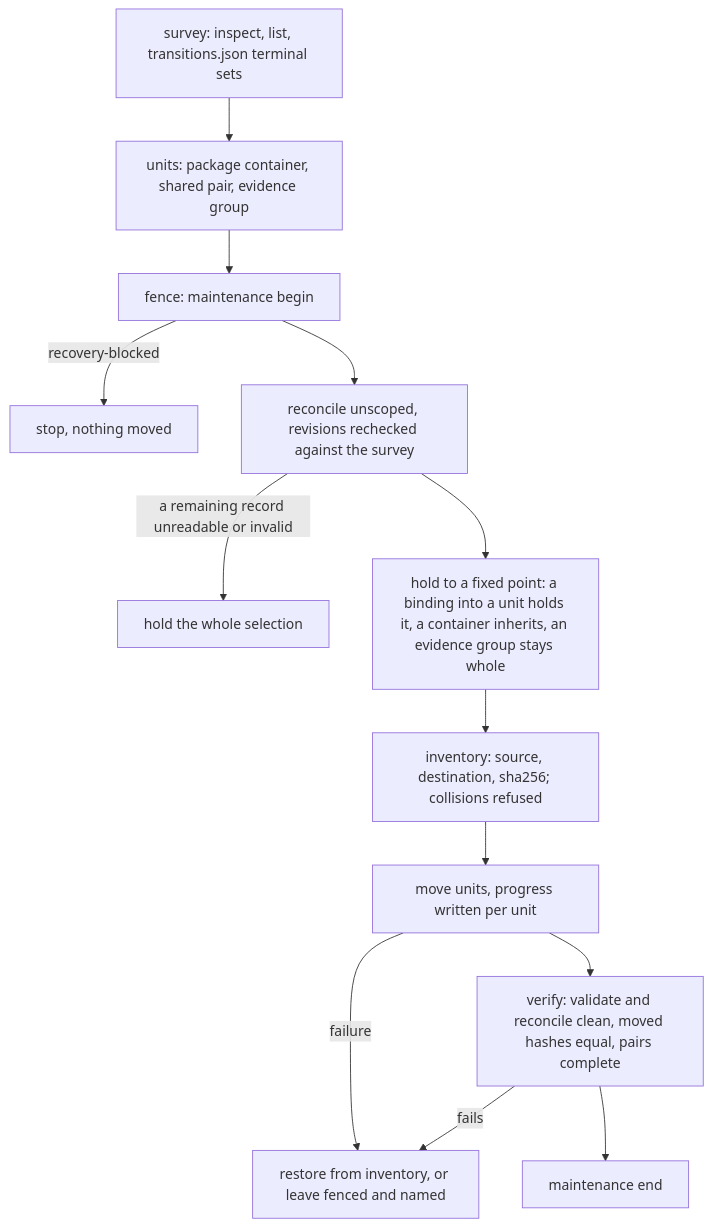
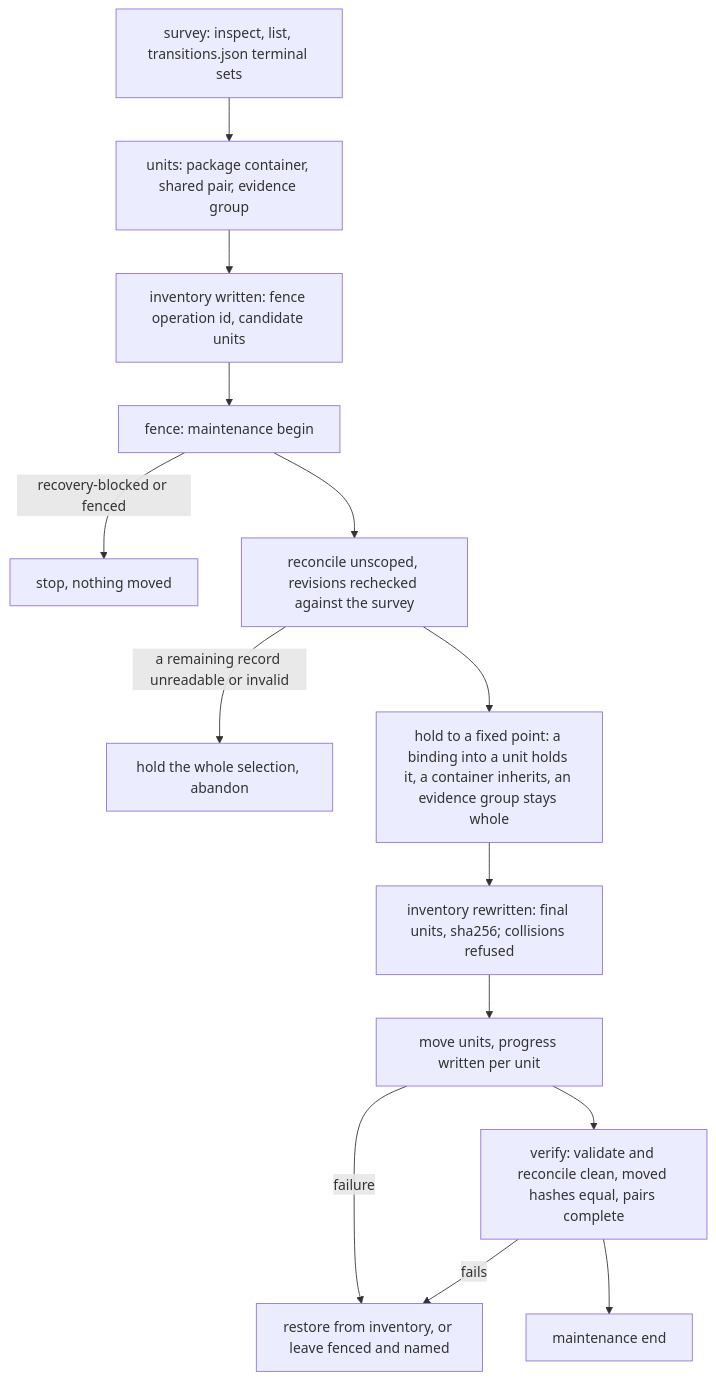
Before and after one commit to tenzoki/fusion: the first of 2 diagrams in fusion-workbench/work-packages/260928-1338-json-control-data-and-markdown-artefacts/plans/261001-1030_o_plan-the-archive-revision-archive-leaves-json-control-and-json-archival-follows-its-qualification.md, drawn with Mermaid. The commit also changed other lines of this file and 3 other files, not shown here.

````diff
--- a/fusion-workbench/work-packages/260928-1338-json-control-data-and-markdown-artefacts/plans/261001-1030_o_plan-the-archive-revision-archive-leaves-json-control-and-json-archival-follows-its-qualification.md
+++ b/fusion-workbench/work-packages/260928-1338-json-control-data-and-markdown-artefacts/plans/261001-1030_o_plan-the-archive-revision-archive-leaves-json-control-and-json-archival-follows-its-qualification.md
@@ -46,15 +48,16 @@
 ```mermaid
 flowchart TD
   S[survey: inspect, list, transitions.json terminal sets] --> U[units: package container, shared pair, evidence group]
-  U --> F[fence: maintenance begin]
-  F -->|recovery-blocked| X1[stop, nothing moved]
+  U --> I0[inventory written: fence operation id, candidate units]
+  I0 --> F[fence: maintenance begin]
+  F -->|recovery-blocked or fenced| X1[stop, nothing moved]
   F --> R[reconcile unscoped, revisions rechecked against the survey]
-  R -->|a remaining record unreadable or invalid| X2[hold the whole selection]
+  R -->|a remaining record unreadable or invalid| X2[hold the whole selection, abandon]
   R --> H[hold to a fixed point: a binding into a unit holds it, a container inherits, an evidence group stays whole]
-  H --> I[inventory: source, destination, sha256; collisions refused]
+  H --> I[inventory rewritten: final units, sha256; collisions refused]
   I --> M[move units, progress written per unit]
   M -->|failure| B[restore from inventory, or leave fenced and named]
   M --> V[verify: validate and reconcile clean, moved hashes equal, pairs complete]
   V -->|fails| B
   V --> E[maintenance end]
 ```
````
